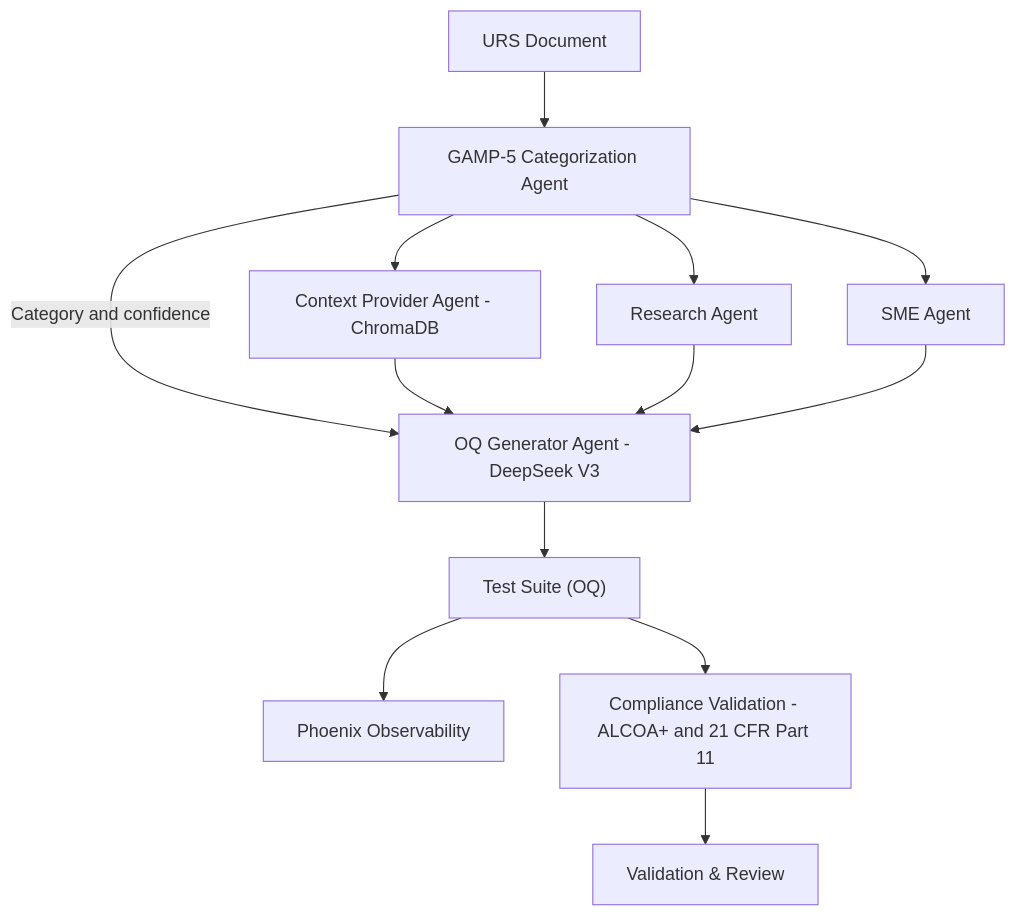
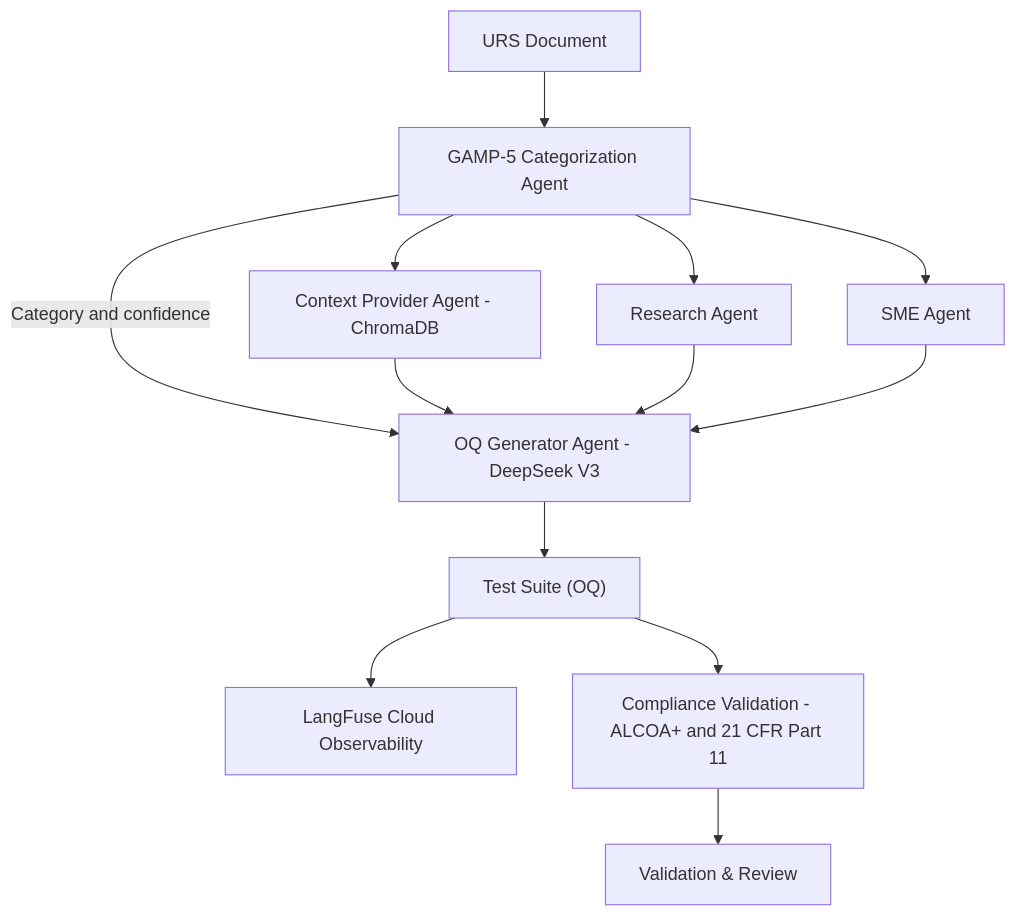
One commit to Danik911/thesis_project changed the diagram in README.md. Above: the diagram before and after it, drawn with Mermaid. The commit also changed other lines of this file and 19 other files, not shown here.

Commit message:
Replace Phoenix  observability with  LangFuse Cloud cross  all quickstart docs.  Update README.md, QUICK_START_GUIDE.md,  and .env.example to   reflect current  Docker Compose  infrastructure

````diff
--- a/README.md
+++ b/README.md
@@ -47,15 +47,15 @@
 ```mermaid
 flowchart TD
   URS["URS Document"] --> CAT["GAMP-5 Categorization Agent"];
   CAT -- "Category and confidence" --> OQ["OQ Generator Agent - DeepSeek V3"];
   CAT --> CTX["Context Provider Agent - ChromaDB"];
   CAT --> RES["Research Agent"];
   CAT --> SME["SME Agent"];
   CTX --> OQ;
   RES --> OQ;
   SME --> OQ;
   OQ --> TS["Test Suite (OQ)"];
-  TS --> PHX["Phoenix Observability"];
+  TS --> LF["LangFuse Cloud Observability"];
   TS --> VAL["Compliance Validation - ALCOA+ and 21 CFR Part 11"];
   VAL --> REVIEW["Validation & Review"];
 ```
````
